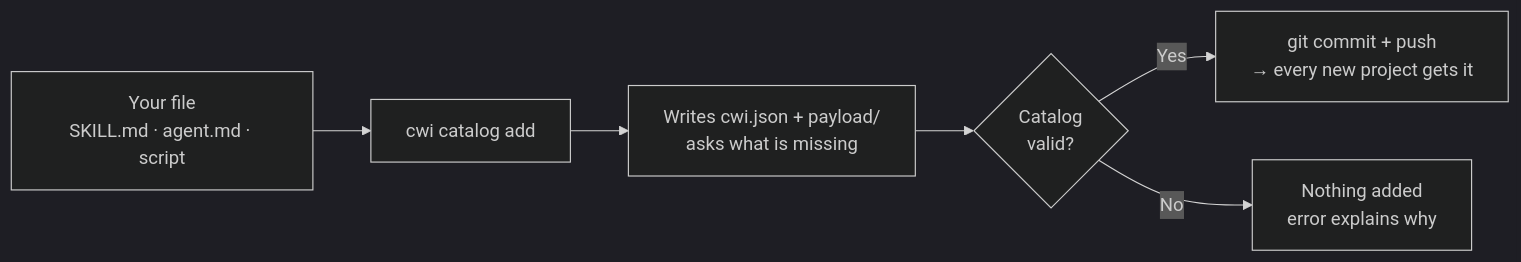
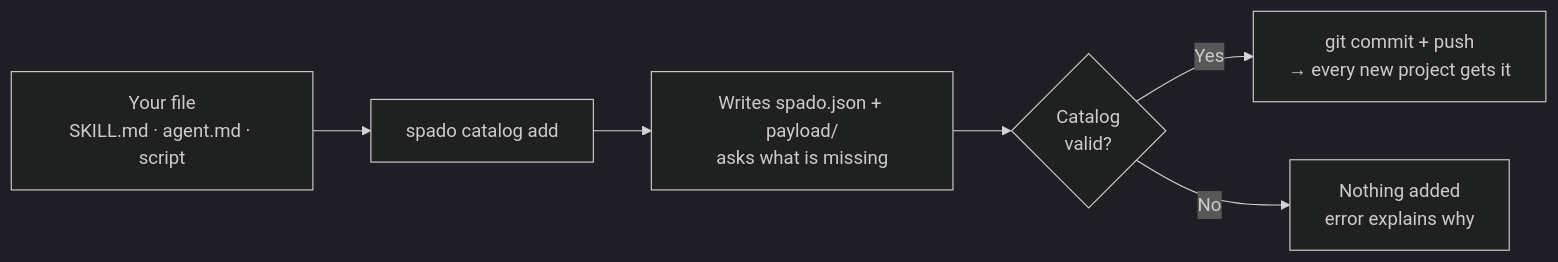
The fourth of 4 diagrams in USAGE.md (pol5coma/claude-workspace-init), drawn with Mermaid (dark theme) before and after one commit. The commit also changed other lines of this file, not shown here.

Commit message:
docs: update modular provisioning and usage guide for SPADO

````diff
--- a/USAGE.md
+++ b/USAGE.md
@@ -300,8 +302,8 @@
 ```mermaid
 flowchart LR
-    F["Your file<br/>SKILL.md · agent.md · script"] --> A["cwi catalog add"]
-    A --> M["Writes cwi.json + payload/<br/>asks what is missing"]
+    F["Your file<br/>SKILL.md · agent.md · script"] --> A["spado catalog add"]
+    A --> M["Writes spado.json + payload/<br/>asks what is missing"]
     M --> V{"Catalog<br/>valid?"}
     V -- "Yes" --> G["git commit + push<br/>→ every new project gets it"]
     V -- "No" --> X["Nothing added<br/>error explains why"]
 ```
````
